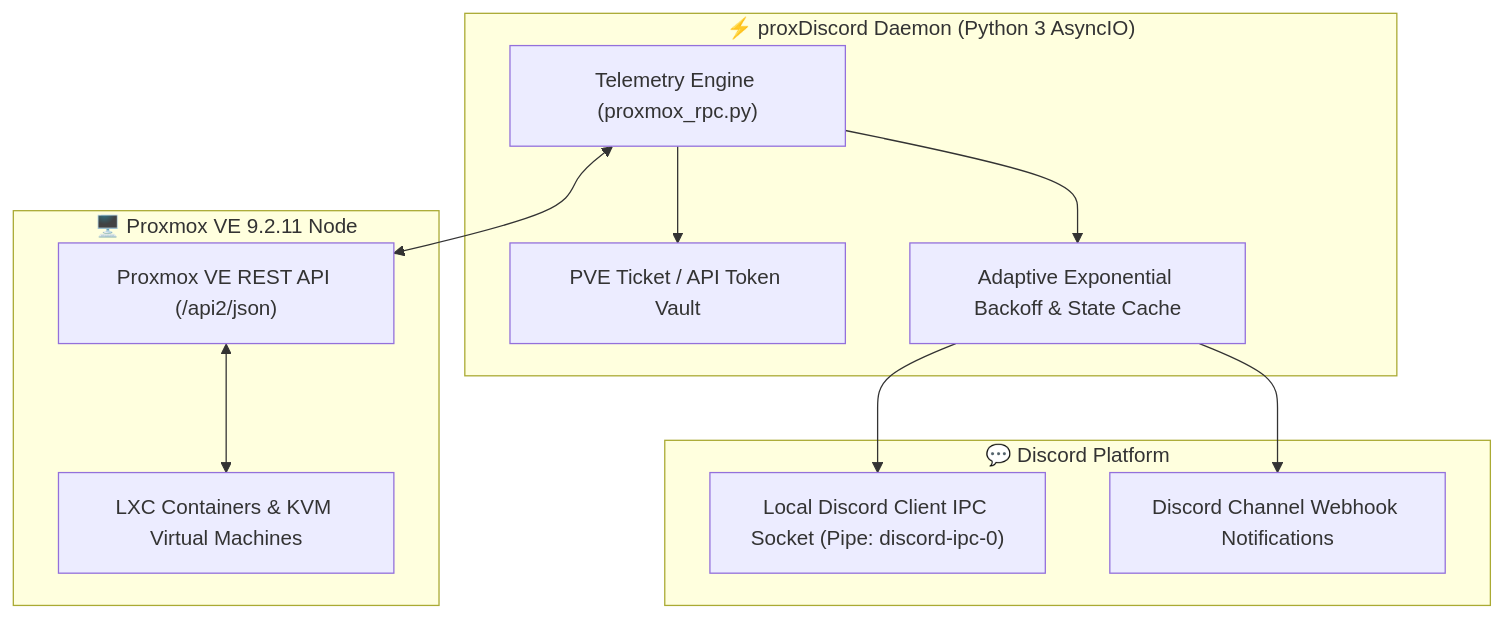
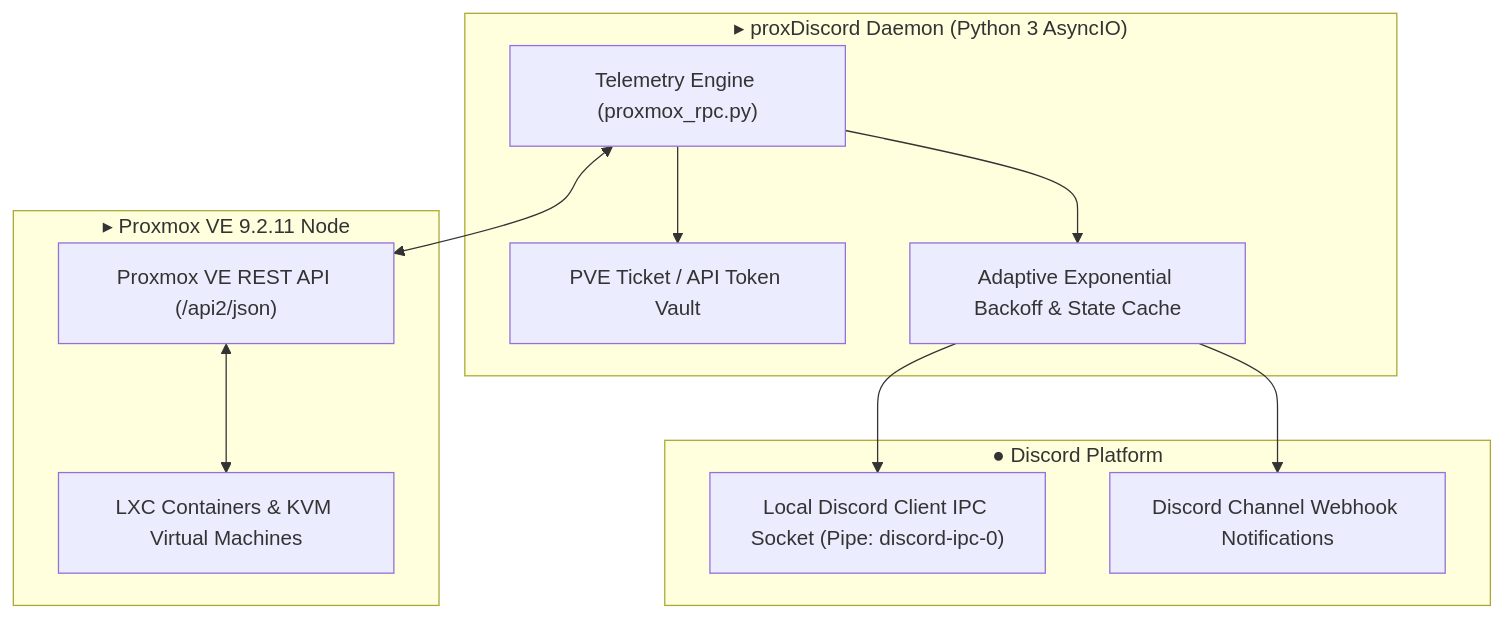
One commit to IAndrexI/documentation changed the diagram in docs/apps/services/proxdiscord.md. Above: the diagram before and after it, drawn with Mermaid. The commit also changed other lines of this file and 40 other files, not shown here.

Commit message:
feat: hide git stars/branches, collapse subcategories until tab selected, add high-res architecture SVG, auto-update script, basic monochrome glyphs, and line-by-line recreation blueprints with summaries

````diff
--- a/docs/apps/services/proxdiscord.md
+++ b/docs/apps/services/proxdiscord.md
@@ -7,26 +7,26 @@
 ```mermaid
 graph TD
-    subgraph Hypervisor["🖥️ Proxmox VE 9.2.11 Node"]
+    subgraph Hypervisor["▸ Proxmox VE 9.2.11 Node"]
         PVE_API["Proxmox VE REST API (/api2/json)"]
         Containers["LXC Containers & KVM Virtual Machines"]
         PVE_API <--> Containers
     end
 
-    subgraph Service["⚡ proxDiscord Daemon (Python 3 AsyncIO)"]
+    subgraph Service["▸ proxDiscord Daemon (Python 3 AsyncIO)"]
         Poller["Telemetry Engine (proxmox_rpc.py)"]
         AuthVault["PVE Ticket / API Token Vault"]
         RateLimiter["Adaptive Exponential Backoff & State Cache"]
 
         Poller --> AuthVault
         Poller <--> PVE_API
         Poller --> RateLimiter
     end
 
-    subgraph DiscordEdge["💬 Discord Platform"]
+    subgraph DiscordEdge["● Discord Platform"]
         IPC["Local Discord Client IPC Socket (Pipe: discord-ipc-0)"]
         Webhook["Discord Channel Webhook Notifications"]
 
         RateLimiter --> IPC
         RateLimiter --> Webhook
     end
 ```
````
